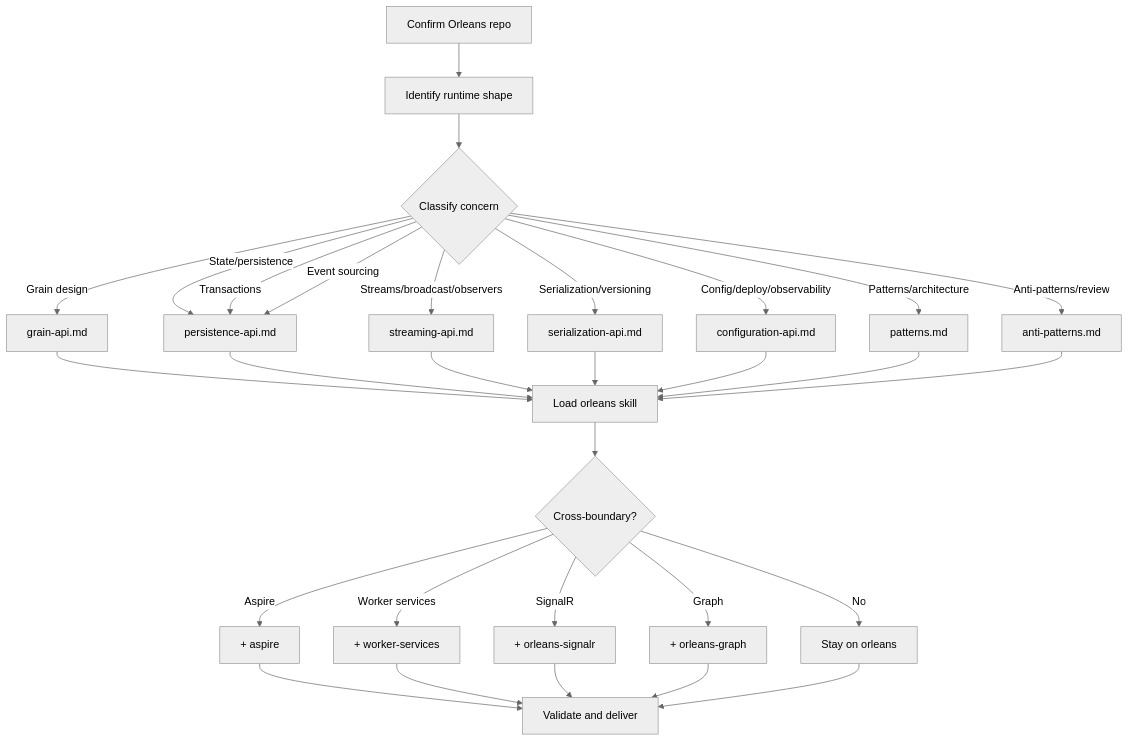
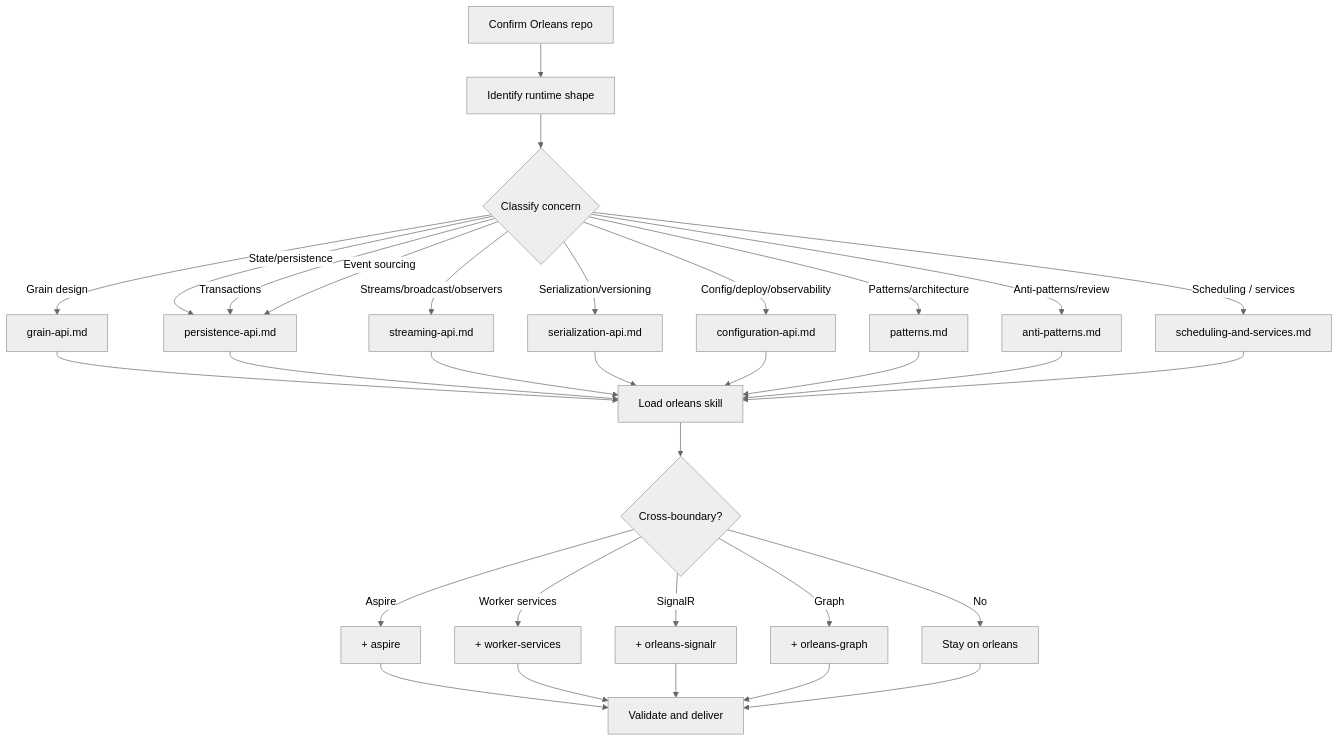
One commit to managedcode/dotnet-skills changed the diagram in catalog/Frameworks/Orleans/agents/dotnet-orleans-specialist/AGENT.md. Above: the diagram before and after it, drawn with Mermaid (neutral theme). The commit also changed other lines of this file and 10 other files, not shown here.

Commit message:
Rewrite Orleans skill around feature purpose

````diff
--- a/catalog/Frameworks/Orleans/agents/dotnet-orleans-specialist/AGENT.md
+++ b/catalog/Frameworks/Orleans/agents/dotnet-orleans-specialist/AGENT.md
@@ -30,22 +30,23 @@
 ```mermaid
 flowchart TD
   A["Confirm Orleans repo"] --> B["Identify runtime shape"]
   B --> C{"Classify concern"}
   C -->|"Grain design"| D["grain-api.md"]
   C -->|"State/persistence"| E["persistence-api.md"]
   C -->|"Streams/broadcast/observers"| F["streaming-api.md"]
   C -->|"Serialization/versioning"| G["serialization-api.md"]
   C -->|"Config/deploy/observability"| H["configuration-api.md"]
   C -->|"Patterns/architecture"| I["patterns.md"]
   C -->|"Anti-patterns/review"| J["anti-patterns.md"]
   C -->|"Transactions"| E
   C -->|"Event sourcing"| E
-  D & E & F & G & H & I & J --> K["Load orleans skill"]
+  C -->|"Scheduling / services"| S["scheduling-and-services.md"]
+  D & E & F & G & H & I & J & S --> K["Load orleans skill"]
   K --> L{"Cross-boundary?"}
   L -->|"Aspire"| M["+ aspire"]
   L -->|"Worker services"| N["+ worker-services"]
   L -->|"SignalR"| O["+ orleans-signalr"]
   L -->|"Graph"| P["+ orleans-graph"]
   L -->|"No"| Q["Stay on orleans"]
   M & N & O & P & Q --> R["Validate and deliver"]
 ```
````
